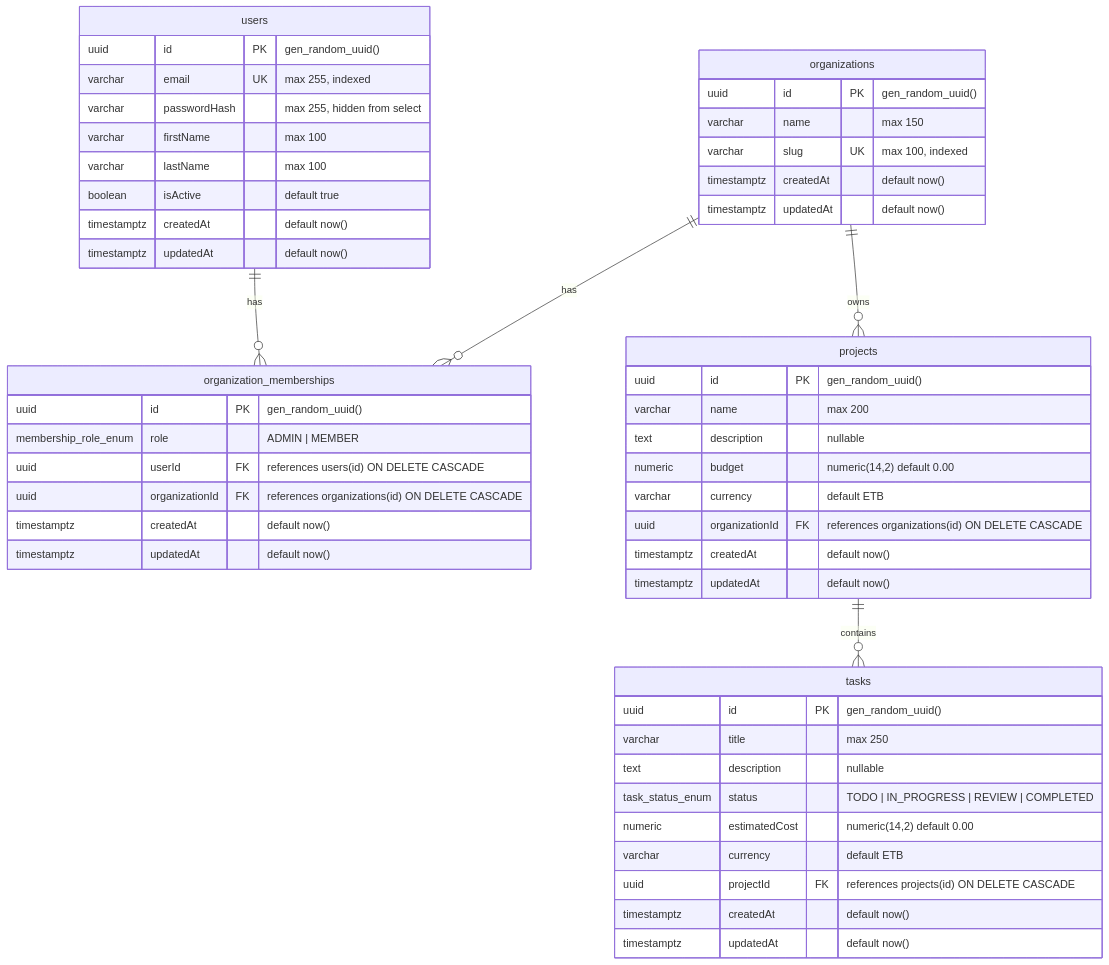
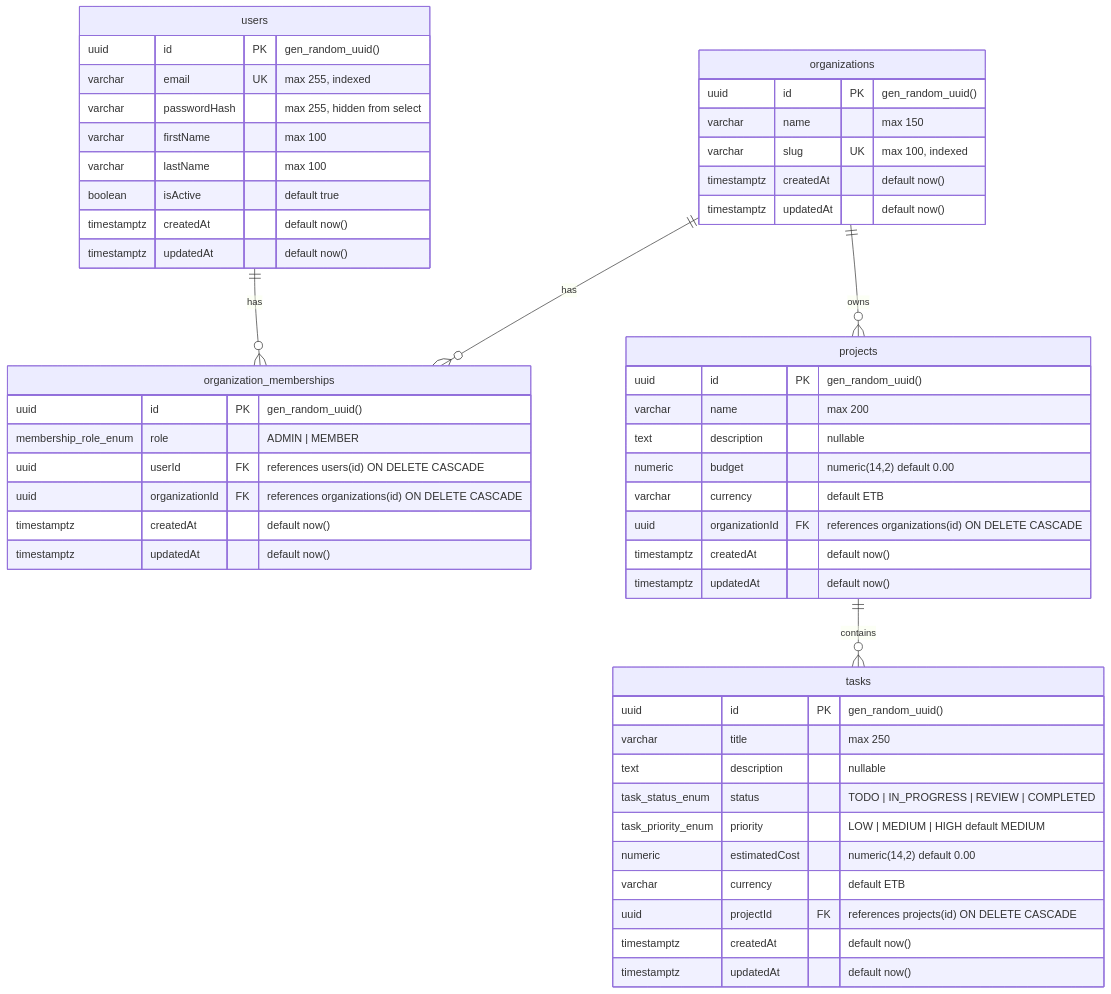
The second of 5 diagrams in README.md (mihretue/Project-Tracker), drawn with Mermaid before and after one commit. The commit also changed other lines of this file and 11 other files, not shown here.

First line of the commit message:
feat(tasks): add task priority feature with filtering and UI updates

````diff
--- a/README.md
+++ b/README.md
@@ -165,54 +165,55 @@
 ```mermaid
 erDiagram
     users {
         uuid id PK "gen_random_uuid()"
         varchar email UK "max 255, indexed"
         varchar passwordHash "max 255, hidden from select"
         varchar firstName "max 100"
         varchar lastName "max 100"
         boolean isActive "default true"
         timestamptz createdAt "default now()"
         timestamptz updatedAt "default now()"
     }
     organizations {
         uuid id PK "gen_random_uuid()"
         varchar name "max 150"
         varchar slug UK "max 100, indexed"
         timestamptz createdAt "default now()"
         timestamptz updatedAt "default now()"
     }
     organization_memberships {
         uuid id PK "gen_random_uuid()"
         membership_role_enum role "ADMIN | MEMBER"
         uuid userId FK "references users(id) ON DELETE CASCADE"
         uuid organizationId FK "references organizations(id) ON DELETE CASCADE"
         timestamptz createdAt "default now()"
         timestamptz updatedAt "default now()"
     }
     projects {
         uuid id PK "gen_random_uuid()"
         varchar name "max 200"
         text description "nullable"
         numeric budget "numeric(14,2) default 0.00"
         varchar currency "default ETB"
         uuid organizationId FK "references organizations(id) ON DELETE CASCADE"
         timestamptz createdAt "default now()"
         timestamptz updatedAt "default now()"
     }
     tasks {
         uuid id PK "gen_random_uuid()"
         varchar title "max 250"
         text description "nullable"
         task_status_enum status "TODO | IN_PROGRESS | REVIEW | COMPLETED"
+        task_priority_enum priority "LOW | MEDIUM | HIGH default MEDIUM"
         numeric estimatedCost "numeric(14,2) default 0.00"
         varchar currency "default ETB"
         uuid projectId FK "references projects(id) ON DELETE CASCADE"
         timestamptz createdAt "default now()"
         timestamptz updatedAt "default now()"
     }
 
     users ||--o{ organization_memberships : "has"
     organizations ||--o{ organization_memberships : "has"
     organizations ||--o{ projects : "owns"
     projects ||--o{ tasks : "contains"
 ```
````
